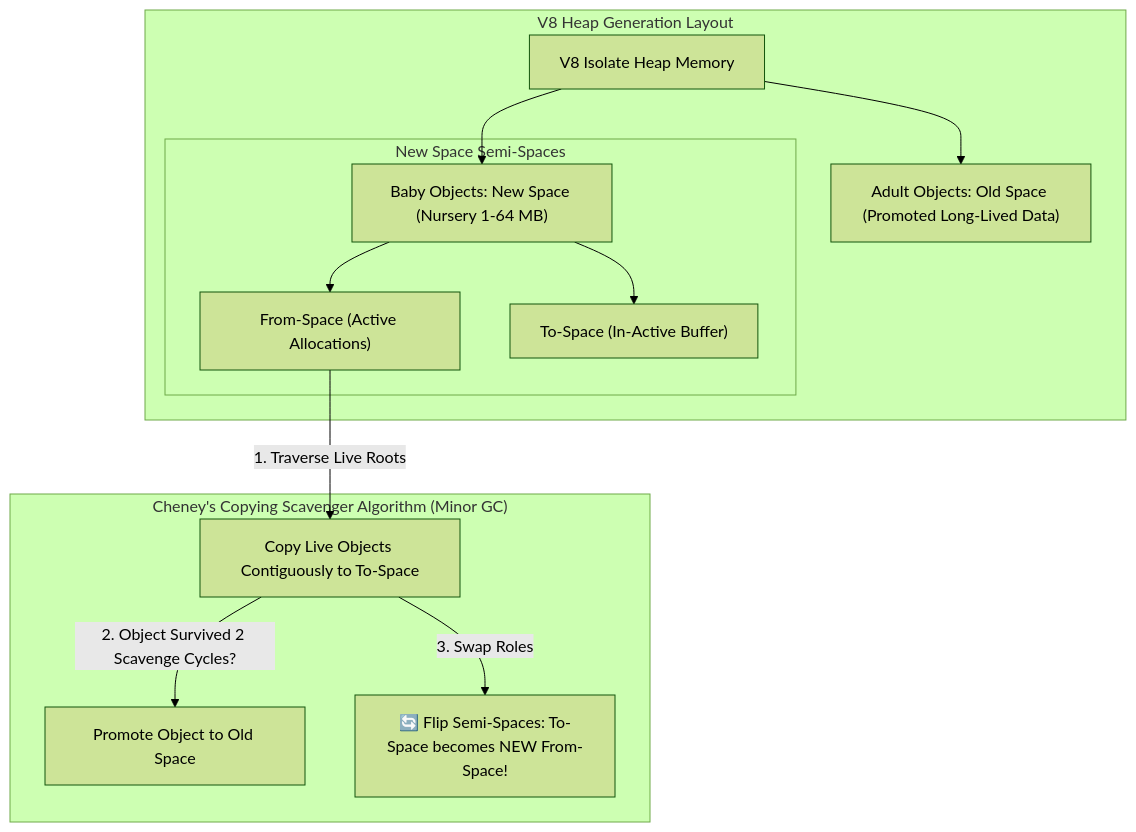
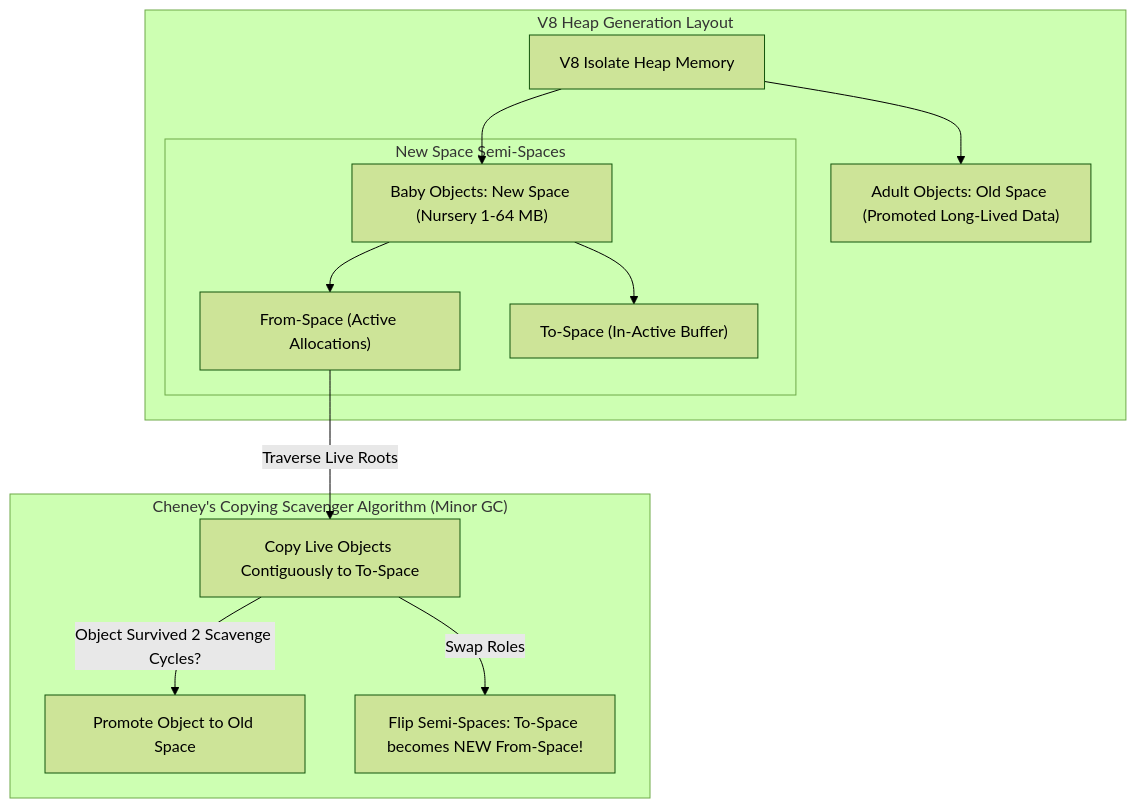
One commit to akmalkhaniub/akmalkhaniub.github.io changed the diagram in blog/posts/v8-javascript-engine-memory-management-orinoco-scavenger.md. Above: the diagram before and after it, drawn with Mermaid (forest theme). The commit also changed 411 other files, not shown here.

````diff
--- a/blog/posts/v8-javascript-engine-memory-management-orinoco-scavenger.md
+++ b/blog/posts/v8-javascript-engine-memory-management-orinoco-scavenger.md
@@ -19,18 +19,18 @@
 ```mermaid
-graph TD
+flowchart TD
   subgraph SG1_V8HeapGeneration ["V8 Heap Generation Layout"]
     Heap[V8 Isolate Heap Memory] --> NewSpace["Baby Objects: New Space (Nursery 1-64 MB)"]
     Heap --> OldSpace["Adult Objects: Old Space (Promoted Long-Lived Data)"]
     
     subgraph SG2_NewSpaceSemi ["New Space Semi-Spaces"]
       NewSpace --> FromSpace["From-Space (Active Allocations)"]
       NewSpace --> ToSpace["To-Space (In-Active Buffer)"]
     end
   end
   
   subgraph SG3_CheneySCopying ["Cheney's Copying Scavenger Algorithm (Minor GC)"]
-    FromSpace -->|1. Traverse Live Roots| Copy[Copy Live Objects Contiguously to To-Space]
-    Copy -->|2. Object Survived 2 Scavenge Cycles?| Promote[Promote Object to Old Space]
-    Copy -->|3. Swap Roles| Flip["🔄 Flip Semi-Spaces: To-Space becomes NEW From-Space!"]
+    FromSpace -->|Traverse Live Roots| Copy[Copy Live Objects Contiguously to To-Space]
+    Copy -->|Object Survived 2 Scavenge Cycles?| Promote[Promote Object to Old Space]
+    Copy -->|Swap Roles| Flip[" Flip Semi-Spaces: To-Space becomes NEW From-Space!"]
   end
 ```
````
